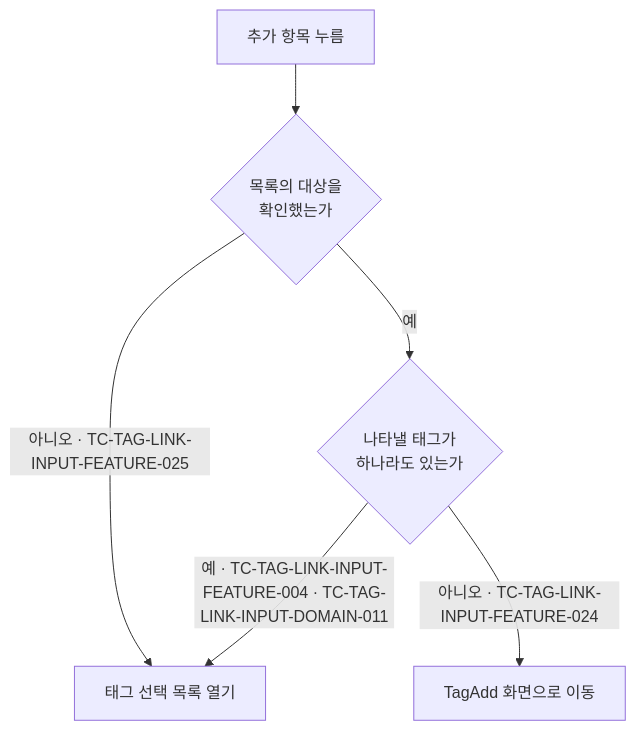
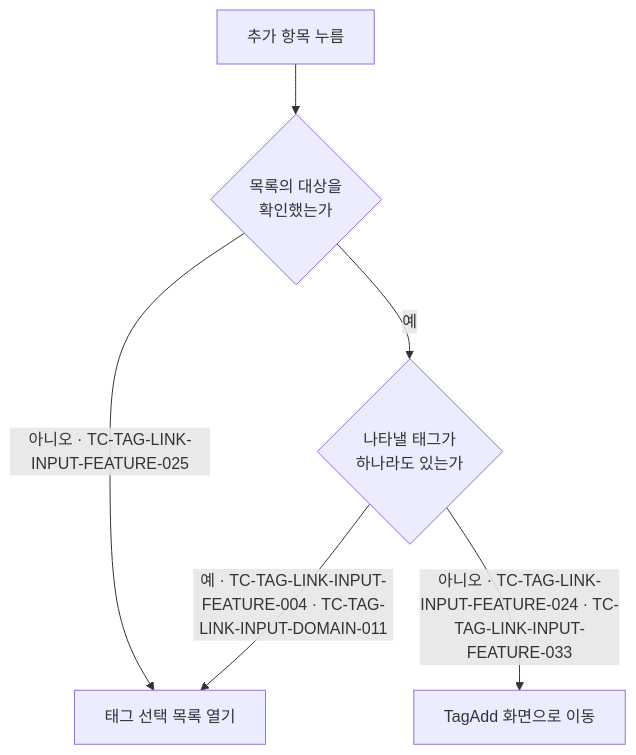
Before and after one commit to taetae98coding/DiaryKMP: the diagram in docs/testcase/tag-link-input.md, drawn with Mermaid. The commit also changed other lines of this file and 154 other files, not shown here.

````diff
--- a/docs/testcase/tag-link-input.md
+++ b/docs/testcase/tag-link-input.md
@@ -44,8 +44,8 @@
 ```mermaid
 flowchart TD
     Click["추가 항목 누름"] --> Ready{"목록의 대상을<br/>확인했는가"}
     Ready -- "아니오 · TC-TAG-LINK-INPUT-FEATURE-025" --> Open["태그 선택 목록 열기"]
     Ready -- 예 --> Any{"나타낼 태그가<br/>하나라도 있는가"}
     Any -- "예 · TC-TAG-LINK-INPUT-FEATURE-004 · TC-TAG-LINK-INPUT-DOMAIN-011" --> Open
-    Any -- "아니오 · TC-TAG-LINK-INPUT-FEATURE-024" --> Move["TagAdd 화면으로 이동"]
+    Any -- "아니오 · TC-TAG-LINK-INPUT-FEATURE-024 · TC-TAG-LINK-INPUT-FEATURE-033" --> Move["TagAdd 화면으로 이동"]
 ```
````
